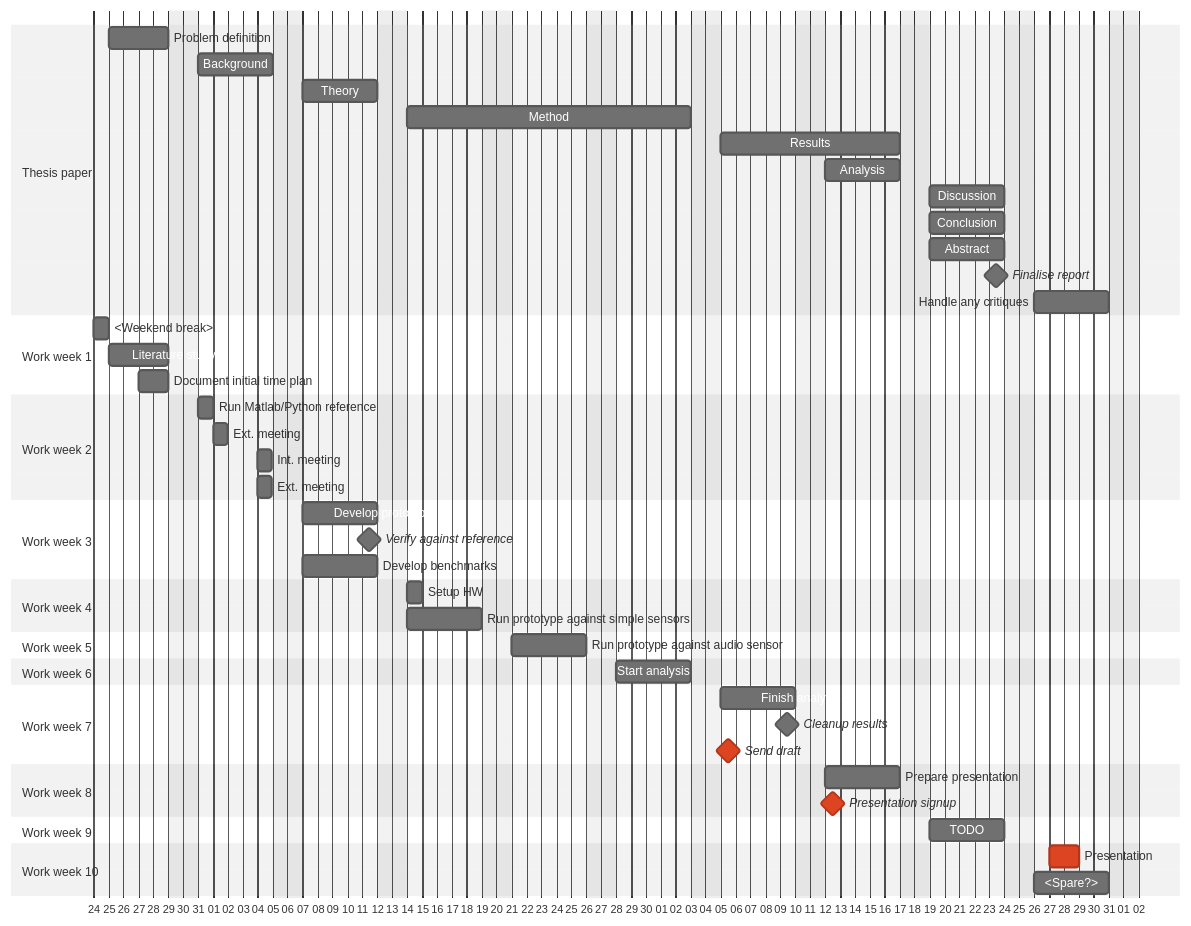
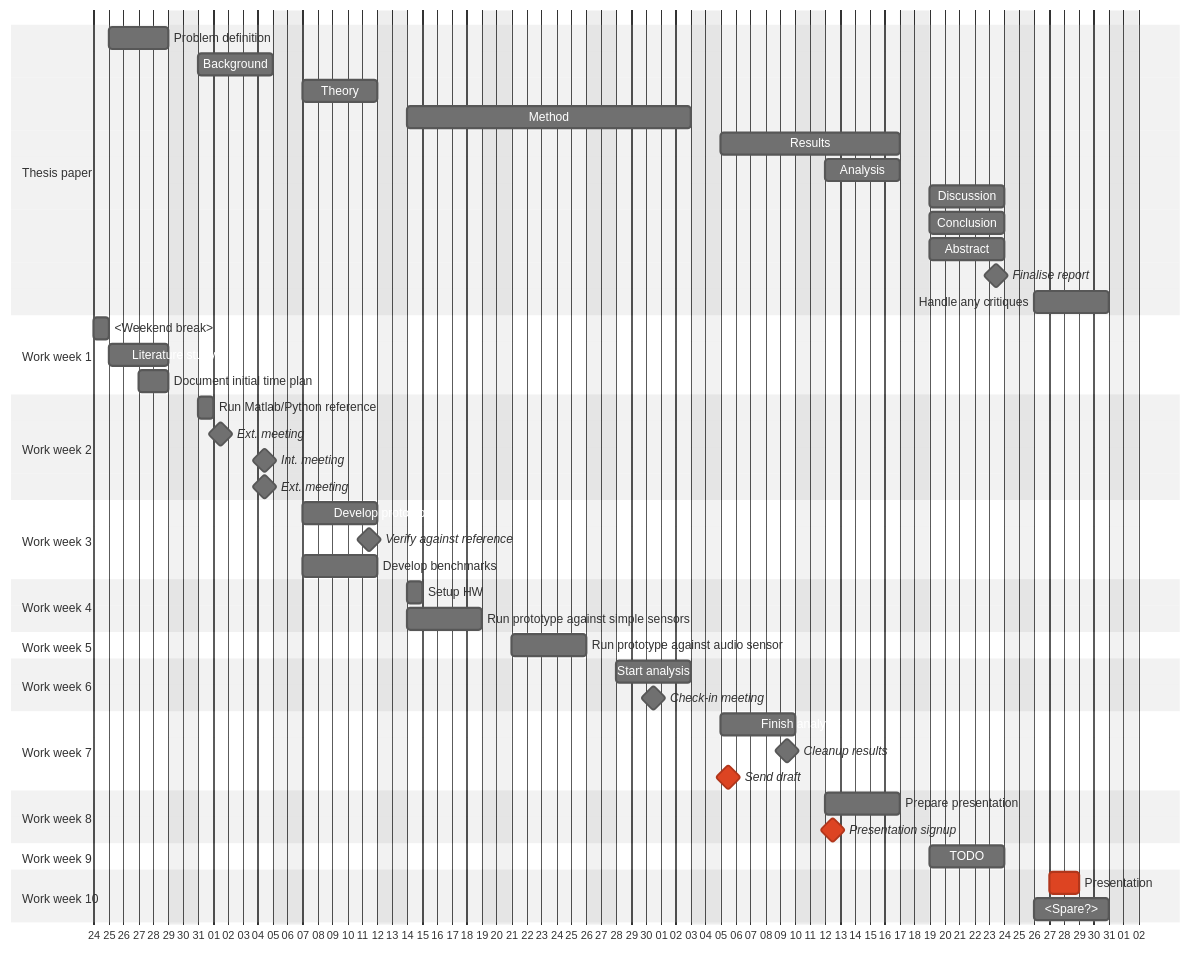
The diagram in time.md (lmas/thesis), drawn with Mermaid (neutral theme) before and after one commit. The commit also changed other lines of this file and 3 other files, not shown here.

````diff
--- a/time.md
+++ b/time.md
@@ -18,72 +18,73 @@
 ```mermaid
 gantt
     dateFormat  MM-DD
     excludes saturday, sunday
     weekday monday
     tickInterval 1day
     axisFormat %d
 
-%% BUG: can't use 1d milestones on fridays?? Had to use 23h instead
+%% BUG: can't use 1d events on fridays?? Had to use 23h instead
 
 section Thesis paper
     Problem definition: 03-25, 4d
 
     Background: 5d
 
     Theory: 5d
 
     Method: 15d
     
     Results: 05-05, 10d
 
     Analysis: 05-12, 5d   
 
     Discussion:05-19, 5d
     Conclusion: 05-19, 5d
     Abstract: 05-19, 5d
     Finalise report: milestone, 05-23, 23h
 
     Handle any critiques: 05-26, 5d
 
 section Work week 1
     <Weekend break>: 03-24, 1d
     Literature study: 03-25, 4d
     Document initial time plan: 03-27, 2d
 
 section Work week 2
     Run Matlab/Python reference: 03-31, 1d
-    Ext. meeting: 04-01, 23h
-    Int. meeting: 04-04, 23h
-    Ext. meeting: 04-04, 23h
+    Ext. meeting: milestone, 04-01, 23h
+    Int. meeting: milestone, 04-04, 23h
+    Ext. meeting: milestone, 04-04, 23h
 
 section Work week 3
     Develop prototype: 04-07, 5d
     Verify against reference: milestone, 04-11, 23h
     Develop benchmarks: 04-07, 5d
 
 section Work week 4
     Setup HW: 04-14, 1d
     Run prototype against simple sensors: 04-14, 5d
 
 section Work week 5
     Run prototype against audio sensor: 04-21, 5d
 
 section Work week 6
     Start analysis: 04-28, 5d
+    Check-in meeting: milestone, 04-30, 1d
 
 section Work week 7
     Finish analysis: 05-05, 5d
     Cleanup results: milestone, 05-09, 23h
     Send draft: crit, milestone, 05-05, 1d
 
 section Work week 8
     Prepare presentation: 05-12, 5d
     Presentation signup: crit, milestone, 05-12, 1d
 
 section Work week 9
     TODO: 05-19, 5d
 
 section Work week 10
     Presentation: crit, 05-27, 2d
     <Spare?>: 05-26, 5d
 ```
````
